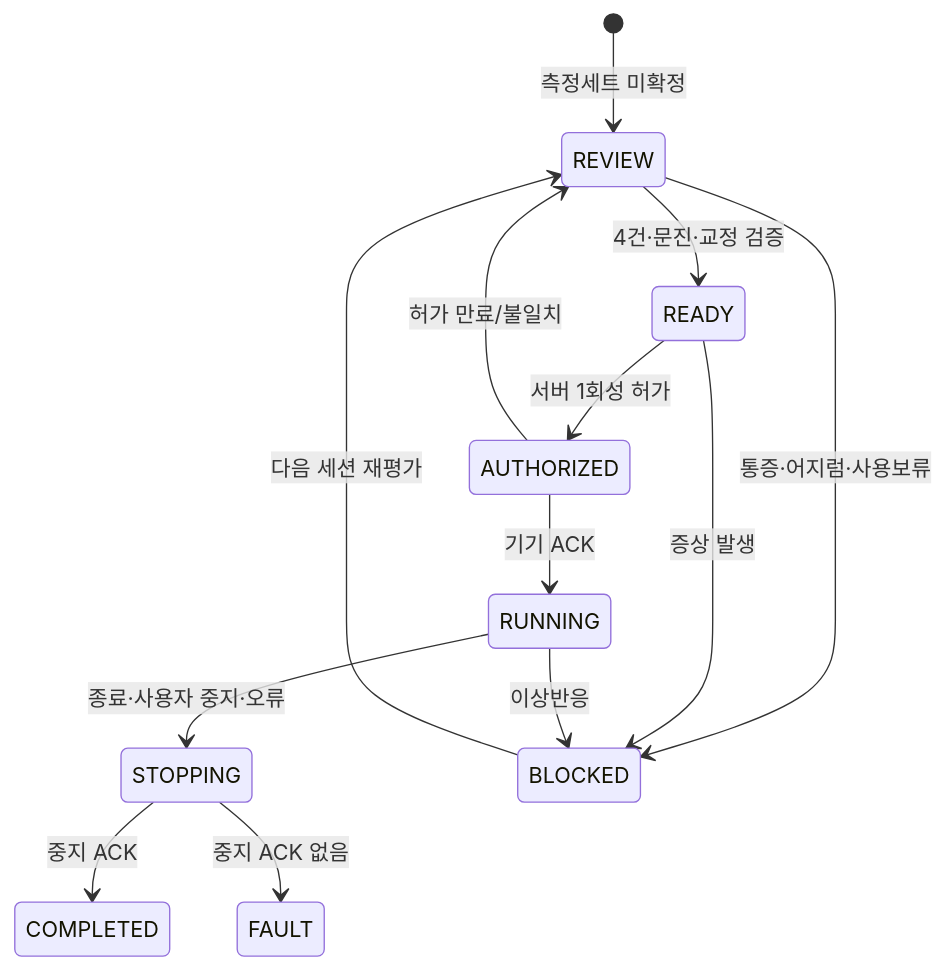
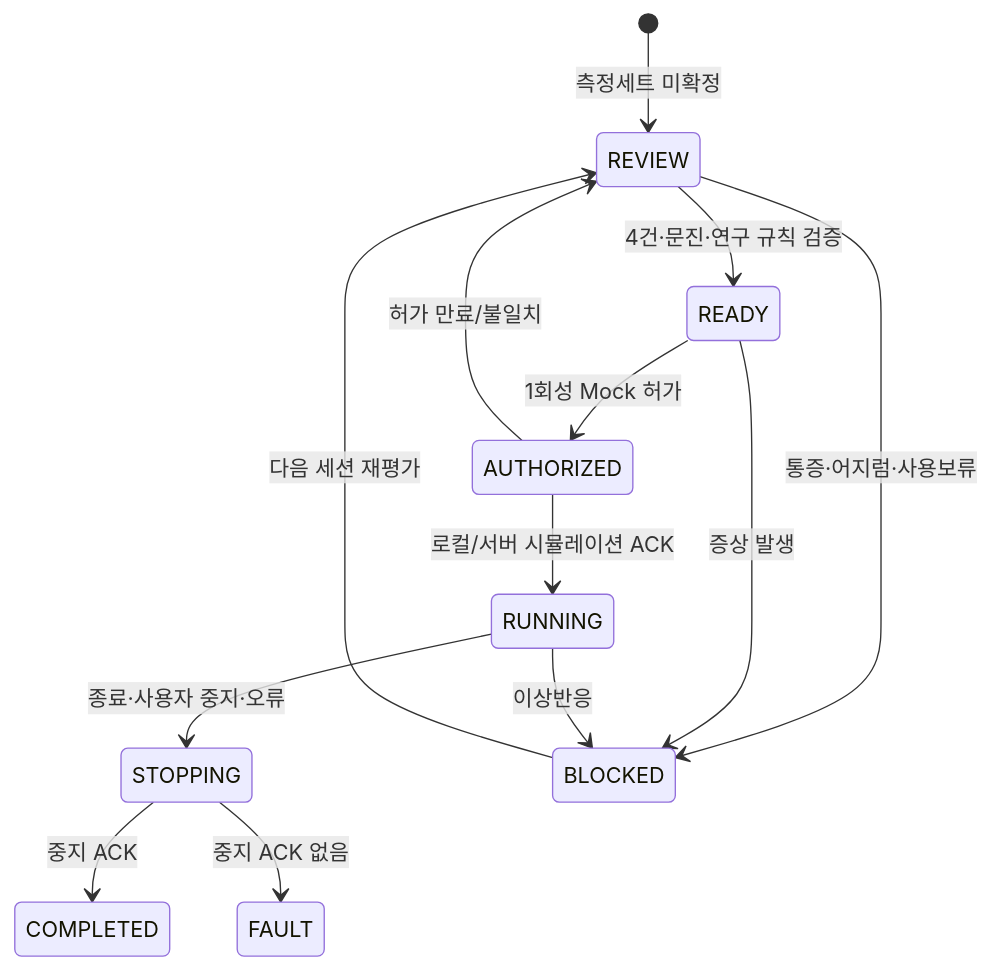
Before and after one commit to Dowon-Kang/vibecare-pilot: the fourth of 4 diagrams in docs/architecture.md, drawn with Mermaid. The commit also changed other lines of this file and 45 other files, not shown here.

````diff
--- a/docs/architecture.md
+++ b/docs/architecture.md
@@ -97,15 +93,15 @@
 ```mermaid
 stateDiagram-v2
     [*] --> REVIEW: 측정세트 미확정
-    REVIEW --> READY: 4건·문진·교정 검증
-    READY --> AUTHORIZED: 서버 1회성 허가
-    AUTHORIZED --> RUNNING: 기기 ACK
+    REVIEW --> READY: 4건·문진·연구 규칙 검증
+    READY --> AUTHORIZED: 1회성 Mock 허가
+    AUTHORIZED --> RUNNING: 로컬/서버 시뮬레이션 ACK
     AUTHORIZED --> REVIEW: 허가 만료/불일치
     RUNNING --> STOPPING: 종료·사용자 중지·오류
     STOPPING --> COMPLETED: 중지 ACK
     STOPPING --> FAULT: 중지 ACK 없음
     REVIEW --> BLOCKED: 통증·어지럼·사용보류
     READY --> BLOCKED: 증상 발생
     RUNNING --> BLOCKED: 이상반응
     BLOCKED --> REVIEW: 다음 세션 재평가
 ```
````
